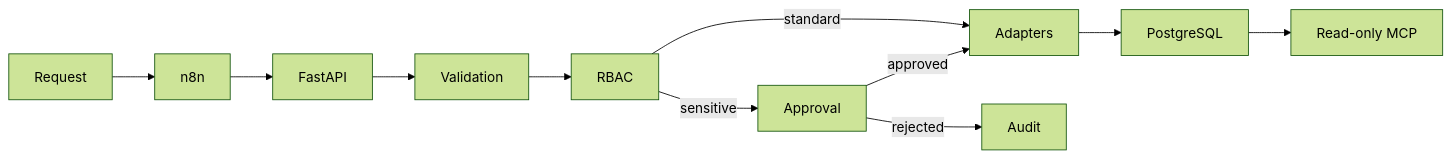
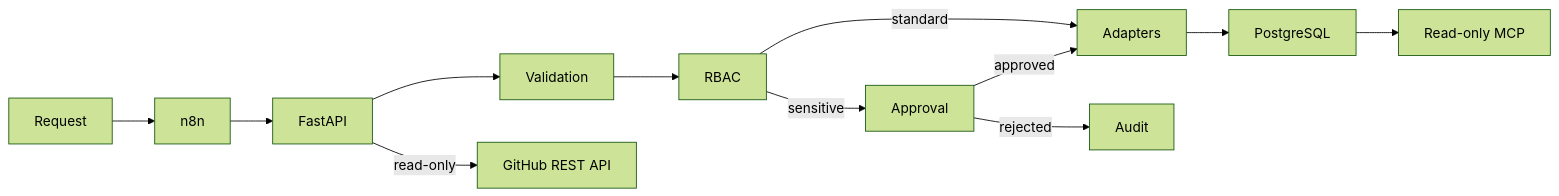
The diagram in README.md (sousamaxfabio/accessflow), drawn with Mermaid (forest theme) before and after one commit. The commit also changed other lines of this file and 15 other files, not shown here.

Commit message:
Add resilient GitHub directory integration

````diff
--- a/README.md
+++ b/README.md
@@ -29,13 +31,14 @@
 ```mermaid
 flowchart LR
     Request --> n8n
     n8n --> FastAPI
     FastAPI --> Validation
     Validation --> RBAC
     RBAC -->|standard| Adapters
     RBAC -->|sensitive| Approval
     Approval -->|approved| Adapters
     Approval -->|rejected| Audit
     Adapters --> PostgreSQL
+    FastAPI -->|read-only| GitHub[GitHub REST API]
     PostgreSQL --> MCP[Read-only MCP]
 ```
````
